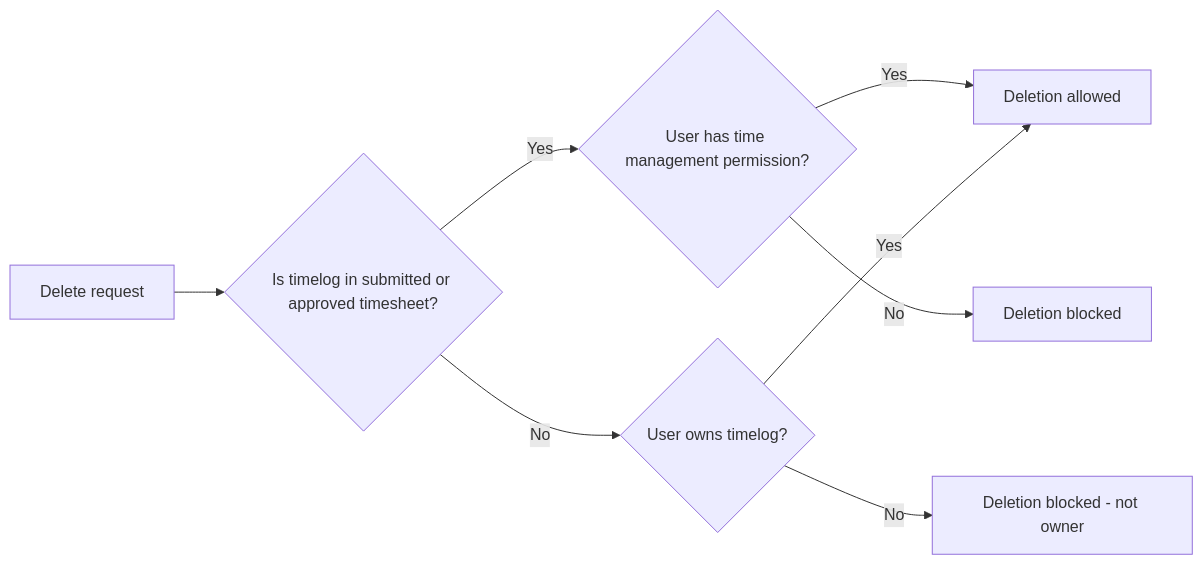
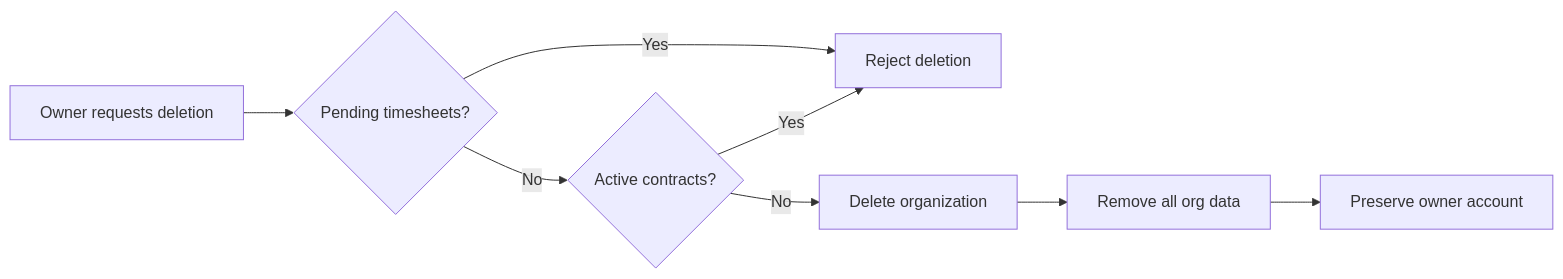
One commit to wrtnlabs/autobe-examples changed the fifth of 10 diagrams in z-ai/glm-5/erp/docs/analysis/03-functional-requirements.md. Above: the diagram before and after it, drawn with Mermaid. The commit also changed other lines of this file and 3761 other files, not shown here.

````diff
--- a/z-ai/glm-5/erp/docs/analysis/03-functional-requirements.md
+++ b/z-ai/glm-5/erp/docs/analysis/03-functional-requirements.md
@@ -913,10 +230,10 @@
 ```mermaid
 flowchart LR
-    A["Delete request"] --> B{"Is timelog in submitted or approved timesheet?"}
-    B -->|Yes| C{"User has time management permission?"}
-    B -->|No| D{"User owns timelog?"}
-    C -->|Yes| E["Deletion allowed"]
-    C -->|No| F["Deletion blocked"]
-    D -->|Yes| E
-    D -->|No| G["Deletion blocked - not owner"]
+    A["Owner requests deletion"] --> B{"Pending timesheets?"}
+    B -->|Yes| C["Reject deletion"]
+    B -->|No| D{"Active contracts?"}
+    D -->|Yes| C
+    D -->|No| E["Delete organization"]
+    E --> F["Remove all org data"]
+    F --> G["Preserve owner account"]
 ```
````
